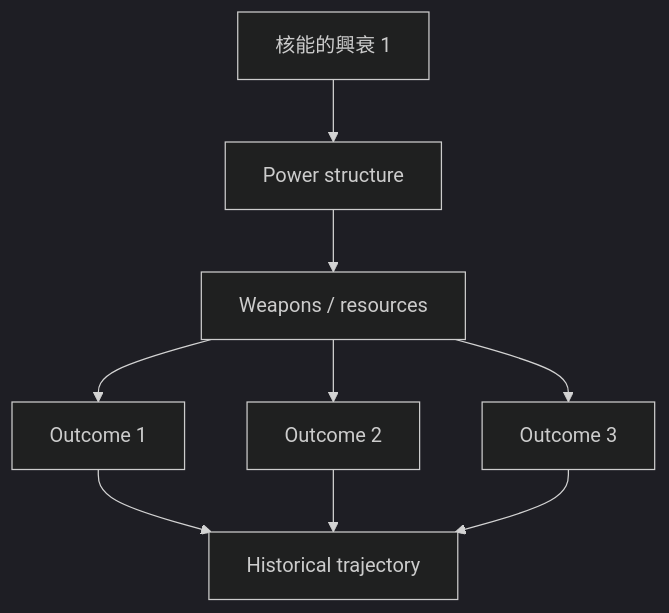
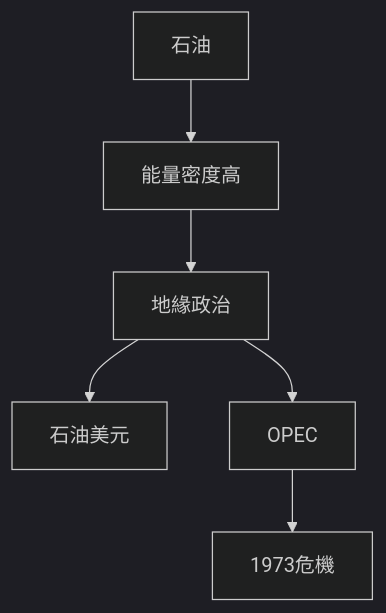
One commit to yip-lgtm/HKU-Harvard-History-Self-Study changed the third of 10 diagrams in 02_Harvard_Courses/Fall_Courses/Hist76_History_of_Energy.md. Above: the diagram before and after it, drawn with Mermaid (dark theme). The commit also changed other lines of this file and 15 other files, not shown here.

````diff
--- a/02_Harvard_Courses/Fall_Courses/Hist76_History_of_Energy.md
+++ b/02_Harvard_Courses/Fall_Courses/Hist76_History_of_Energy.md
@@ -189,11 +142,8 @@
 ```mermaid
 graph TD
-    A[核能的興衰 1] --> B[Power structure]
-    B --> C[Weapons / resources]
-    C --> D[Outcome 1]
-    C --> E[Outcome 2]
-    C --> F[Outcome 3]
-    D --> G[Historical trajectory]
-    E --> G
-    F --> G
+    A[石油] --> B[能量密度高]
+    B --> C[地緣政治]
+    C --> D[石油美元]
+    C --> E[OPEC]
+    E --> F[1973危機]
 ```
````
